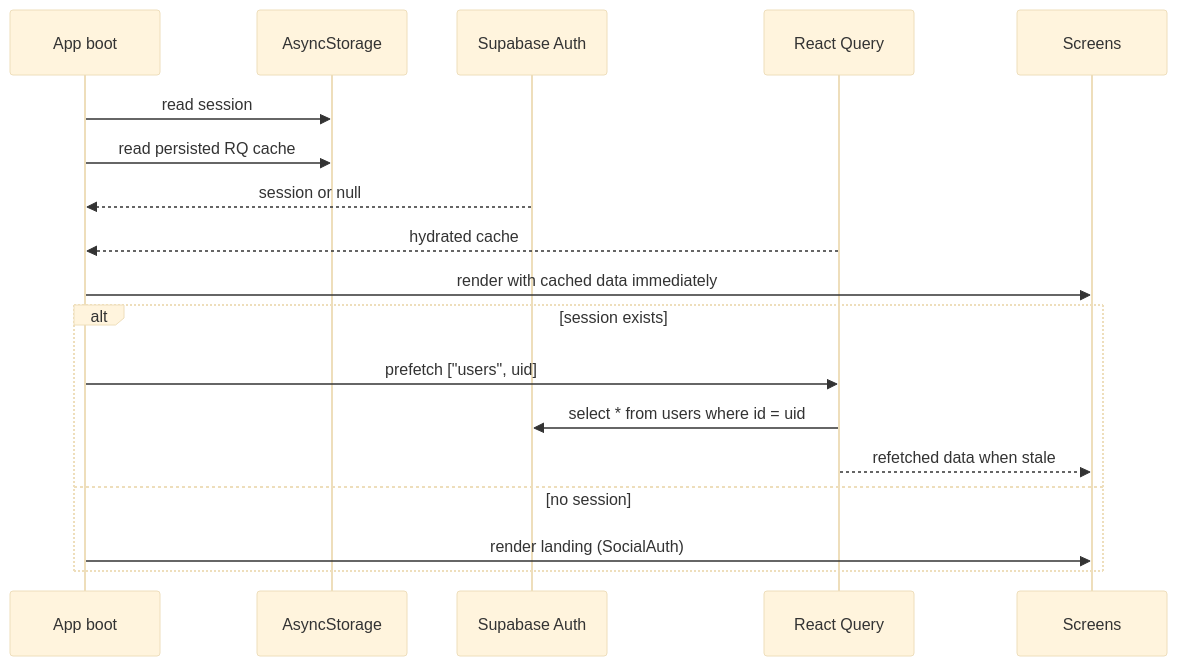
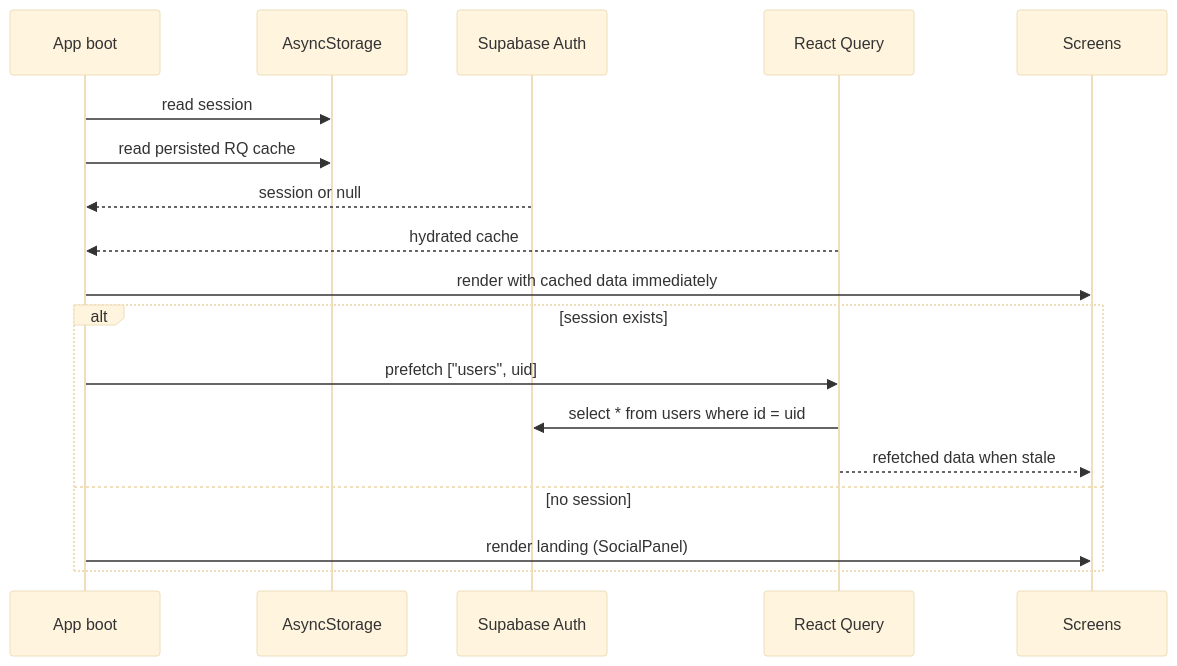
One commit to amlq-pl/dnd-app changed the first of 4 diagrams in docs/local-state.md. Above: the diagram before and after it, drawn with Mermaid (base theme). The commit also changed 4 other files, not shown here.

````diff
--- a/docs/local-state.md
+++ b/docs/local-state.md
@@ -79,21 +79,21 @@
 ```mermaid
 sequenceDiagram
     participant Boot as App boot
     participant AS as AsyncStorage
     participant SB as Supabase Auth
     participant RQ as React Query
     participant UI as Screens
 
     Boot->>AS: read session
     Boot->>AS: read persisted RQ cache
     SB-->>Boot: session or null
     RQ-->>Boot: hydrated cache
     Boot->>UI: render with cached data immediately
     alt session exists
         Boot->>RQ: prefetch ["users", uid]
         RQ->>SB: select * from users where id = uid
         RQ-->>UI: refetched data when stale
     else no session
-        Boot->>UI: render landing (SocialAuth)
+        Boot->>UI: render landing (SocialPanel)
     end
 ```
````
